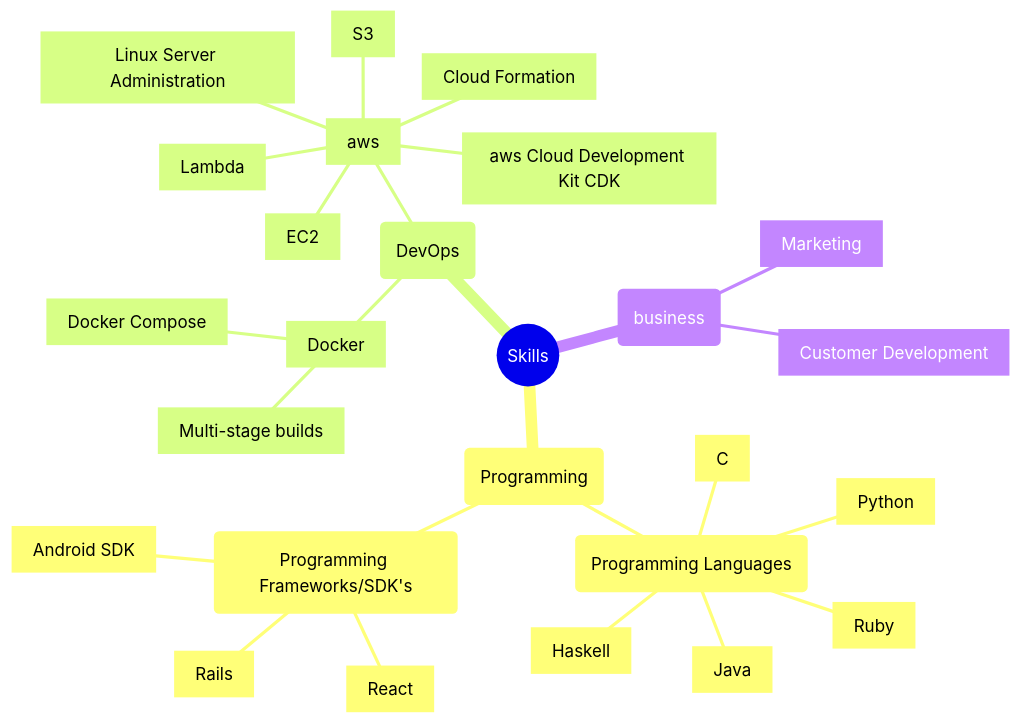
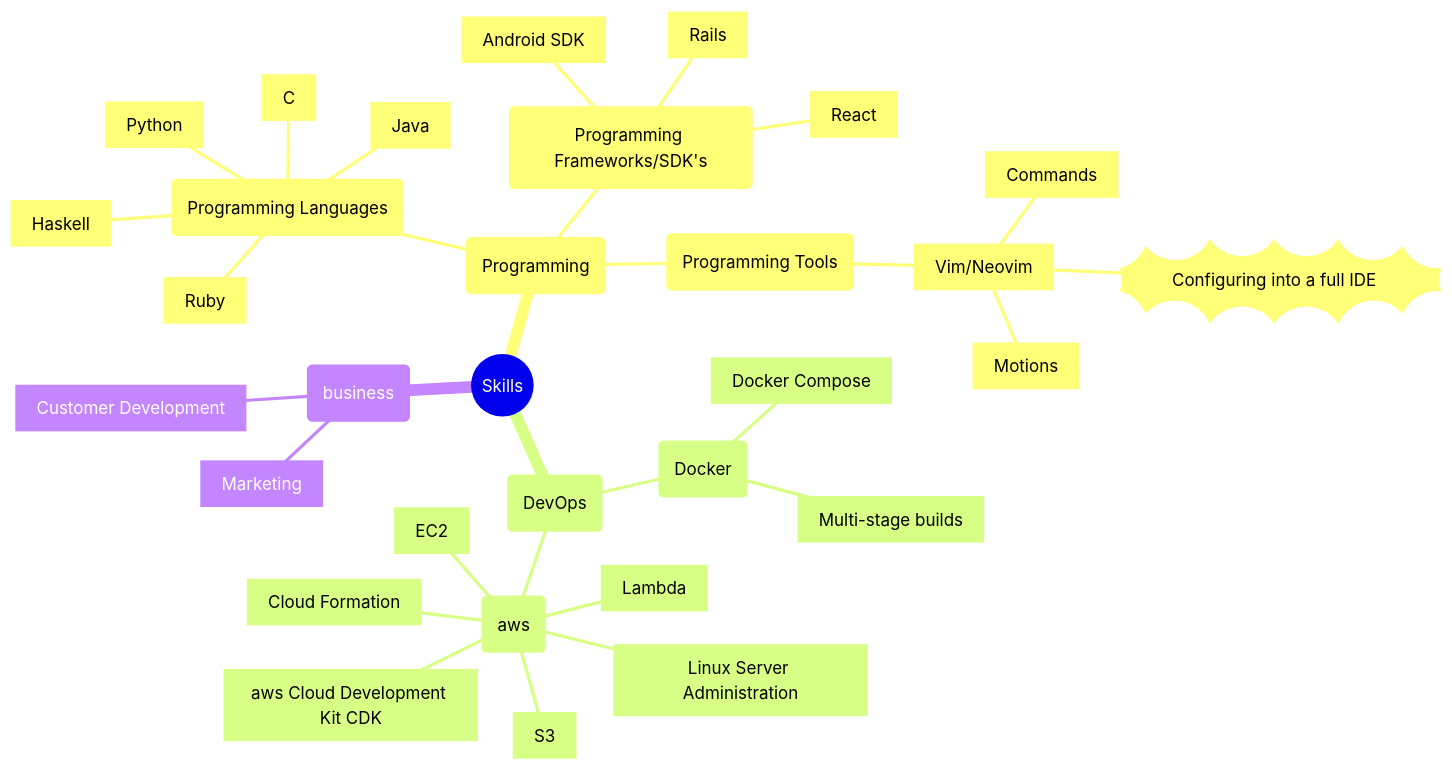
One commit to Russell-Waterhouse/skill-tree changed the second of 2 diagrams in README.md. Above: the diagram before and after it, drawn with Mermaid.

Commit message:
add more skills

````diff
--- a/README.md
+++ b/README.md
@@ -20,30 +20,35 @@
 ```mermaid
 mindmap
     root((Skills))
         (Programming)
             (Programming Languages)
                 [Java]
                 [C]
                 [Python]
                 [Ruby]
                 [Haskell]
             (Programming Frameworks/SDK's)
                 [Android SDK]
                 [Rails]
                 [React]
+            (Programming Tools)
+                [Vim/Neovim]
+                    [Motions]
+                    [Commands]
+                    ))Configuring into a full IDE((
         (DevOps)
-            [Docker]
+            (Docker)
                 [Multi-stage builds]
                 [Docker Compose]
-            [aws]
+            (aws)
                 [aws Cloud Development Kit CDK]
                 [S3]
                 [Lambda]
                 [Cloud Formation]
                 [EC2]
                 [Linux Server Administration]
         (business)
             [Marketing]
             [Customer Development]
 
 ```
````
